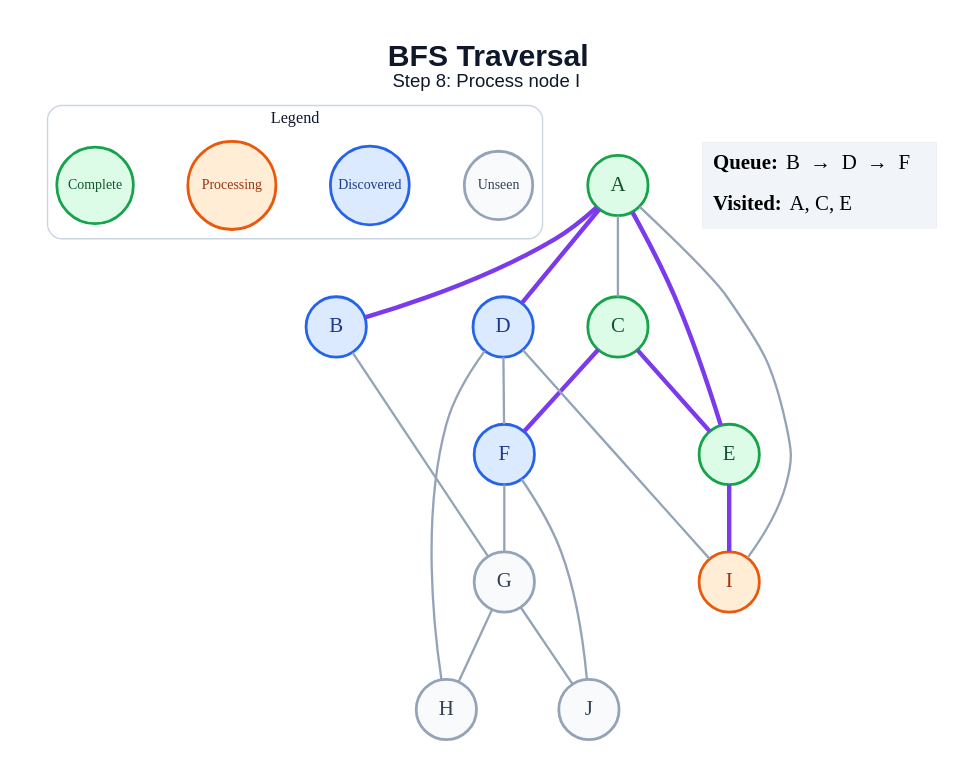
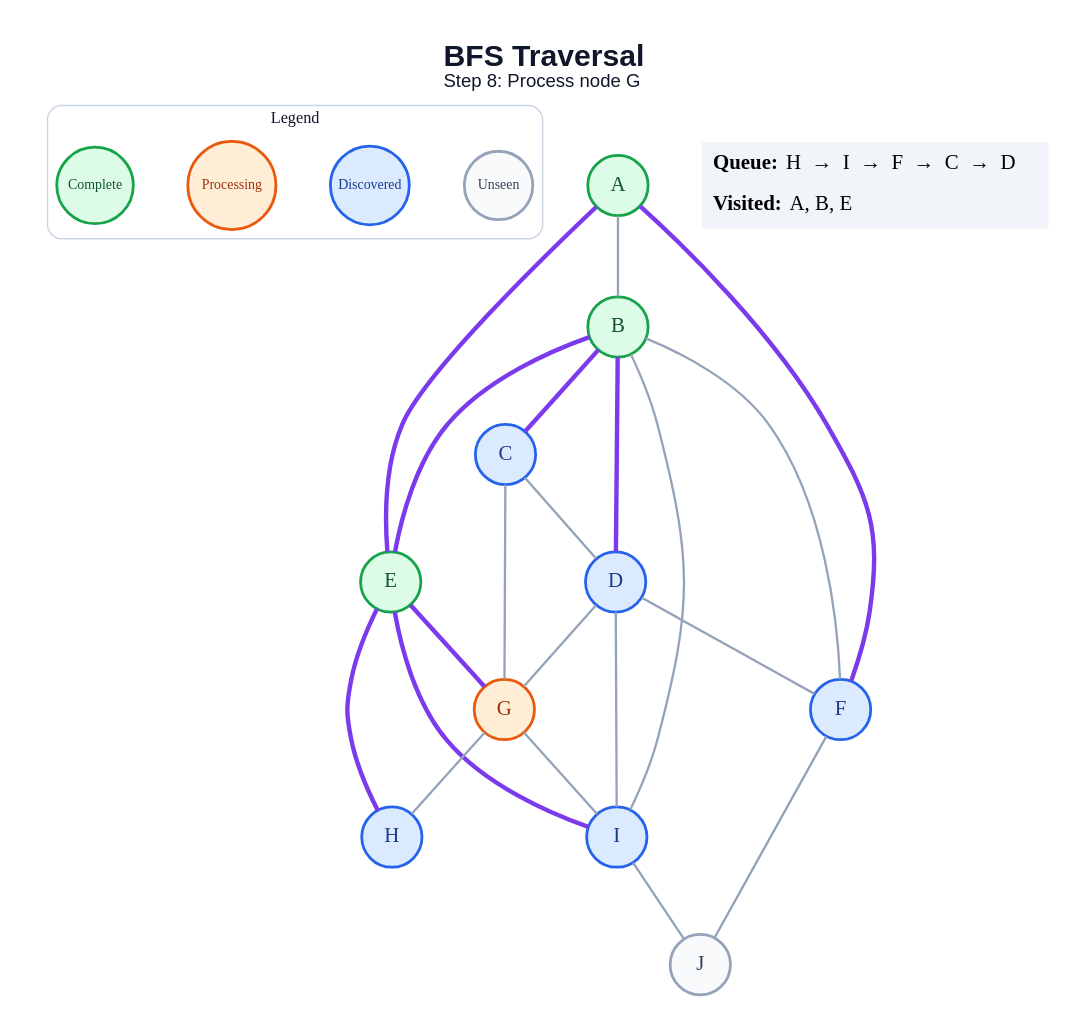
Before and after one commit to amanghodawala9/ai-slop: the diagram in generated/specific-node/bfs/step_08.dot, drawn with Graphviz. The commit also changed 178 other files, not shown here.

```diff
--- a/generated/specific-node/bfs/step_08.dot
+++ b/generated/specific-node/bfs/step_08.dot
@@ -1,45 +1,49 @@
 graph traversal {
   graph [layout=dot, rankdir=TB, bgcolor="#FFFFFF", pad="0.35", nodesep="0.65", ranksep="0.8", fontname="Arial"];
   node [shape=circle, style="filled", fontname="Arial Bold", fontsize=18, width=0.72, fixedsize=true, penwidth=2.4];
   edge [color="#94A3B8", penwidth=2.0];
-  label=<<B>BFS Traversal</B><BR/><FONT POINT-SIZE="16">Step 8: Process node I</FONT>>; labelloc="t"; fontsize=26; fontname="Arial"; fontcolor="#0F172A";
+  label=<<B>BFS Traversal</B><BR/><FONT POINT-SIZE="16">Step 8: Process node G</FONT>>; labelloc="t"; fontsize=26; fontname="Arial"; fontcolor="#0F172A";
   subgraph cluster_legend { label="Legend"; color="#CBD5E1"; penwidth=1.2; style="rounded"; fontsize=14; fontname="Arial Bold";
     key_unseen [label="Unseen", fillcolor="#F8FAFC", color="#94A3B8", fontcolor="#334155", fontsize=12, width=0.82];
     key_frontier [label="Discovered", fillcolor="#DBEAFE", color="#2563EB", fontcolor="#1E3A8A", fontsize=12, width=0.95];
     key_current [label="Processing", fillcolor="#FFEDD5", color="#EA580C", fontcolor="#9A3412", fontsize=12, width=1.05];
     key_done [label="Complete", fillcolor="#DCFCE7", color="#16A34A", fontcolor="#14532D", fontsize=12, width=0.92];
     { rank=same; key_unseen; key_frontier; key_current; key_done; }
   }
   A [fillcolor="#DCFCE7", color="#16A34A", fontcolor="#14532D"];
-  B [fillcolor="#DBEAFE", color="#2563EB", fontcolor="#1E3A8A"];
-  C [fillcolor="#DCFCE7", color="#16A34A", fontcolor="#14532D"];
+  B [fillcolor="#DCFCE7", color="#16A34A", fontcolor="#14532D"];
+  C [fillcolor="#DBEAFE", color="#2563EB", fontcolor="#1E3A8A"];
   D [fillcolor="#DBEAFE", color="#2563EB", fontcolor="#1E3A8A"];
   E [fillcolor="#DCFCE7", color="#16A34A", fontcolor="#14532D"];
   F [fillcolor="#DBEAFE", color="#2563EB", fontcolor="#1E3A8A"];
-  G [fillcolor="#F8FAFC", color="#94A3B8", fontcolor="#334155"];
-  H [fillcolor="#F8FAFC", color="#94A3B8", fontcolor="#334155"];
-  I [fillcolor="#FFEDD5", color="#EA580C", fontcolor="#9A3412"];
+  G [fillcolor="#FFEDD5", color="#EA580C", fontcolor="#9A3412"];
+  H [fillcolor="#DBEAFE", color="#2563EB", fontcolor="#1E3A8A"];
+  I [fillcolor="#DBEAFE", color="#2563EB", fontcolor="#1E3A8A"];
   J [fillcolor="#F8FAFC", color="#94A3B8", fontcolor="#334155"];
-  A -- B [color="#7C3AED", penwidth=3.8];
-  A -- C;
-  A -- D [color="#7C3AED", penwidth=3.8];
+  A -- B;
   A -- E [color="#7C3AED", penwidth=3.8];
-  A -- I;
-  B -- G;
-  C -- E [color="#7C3AED", penwidth=3.8];
-  C -- F [color="#7C3AED", penwidth=3.8];
+  A -- F [color="#7C3AED", penwidth=3.8];
+  B -- C [color="#7C3AED", penwidth=3.8];
+  B -- D [color="#7C3AED", penwidth=3.8];
+  B -- E [color="#7C3AED", penwidth=3.8];
+  B -- F;
+  B -- I;
+  C -- D;
+  C -- G;
   D -- F;
-  D -- H;
+  D -- G;
   D -- I;
+  E -- G [color="#7C3AED", penwidth=3.8];
+  E -- H [color="#7C3AED", penwidth=3.8];
   E -- I [color="#7C3AED", penwidth=3.8];
-  F -- G;
   F -- J;
   G -- H;
-  G -- J;
+  G -- I;
+  I -- J;
   status [shape=plain, fixedsize=false, width=0, height=0, margin=0, label=<
     <TABLE BORDER="0" CELLBORDER="0" CELLPADDING="7" BGCOLOR="#F1F5F9">
-      <TR><TD ALIGN="LEFT"><B>Queue:</B> B  →  D  →  F</TD></TR>
-      <TR><TD ALIGN="LEFT"><B>Visited:</B> A, C, E</TD></TR>
+      <TR><TD ALIGN="LEFT"><B>Queue:</B> H  →  I  →  F  →  C  →  D</TD></TR>
+      <TR><TD ALIGN="LEFT"><B>Visited:</B> A, B, E</TD></TR>
     </TABLE>
   >];
 }
```
